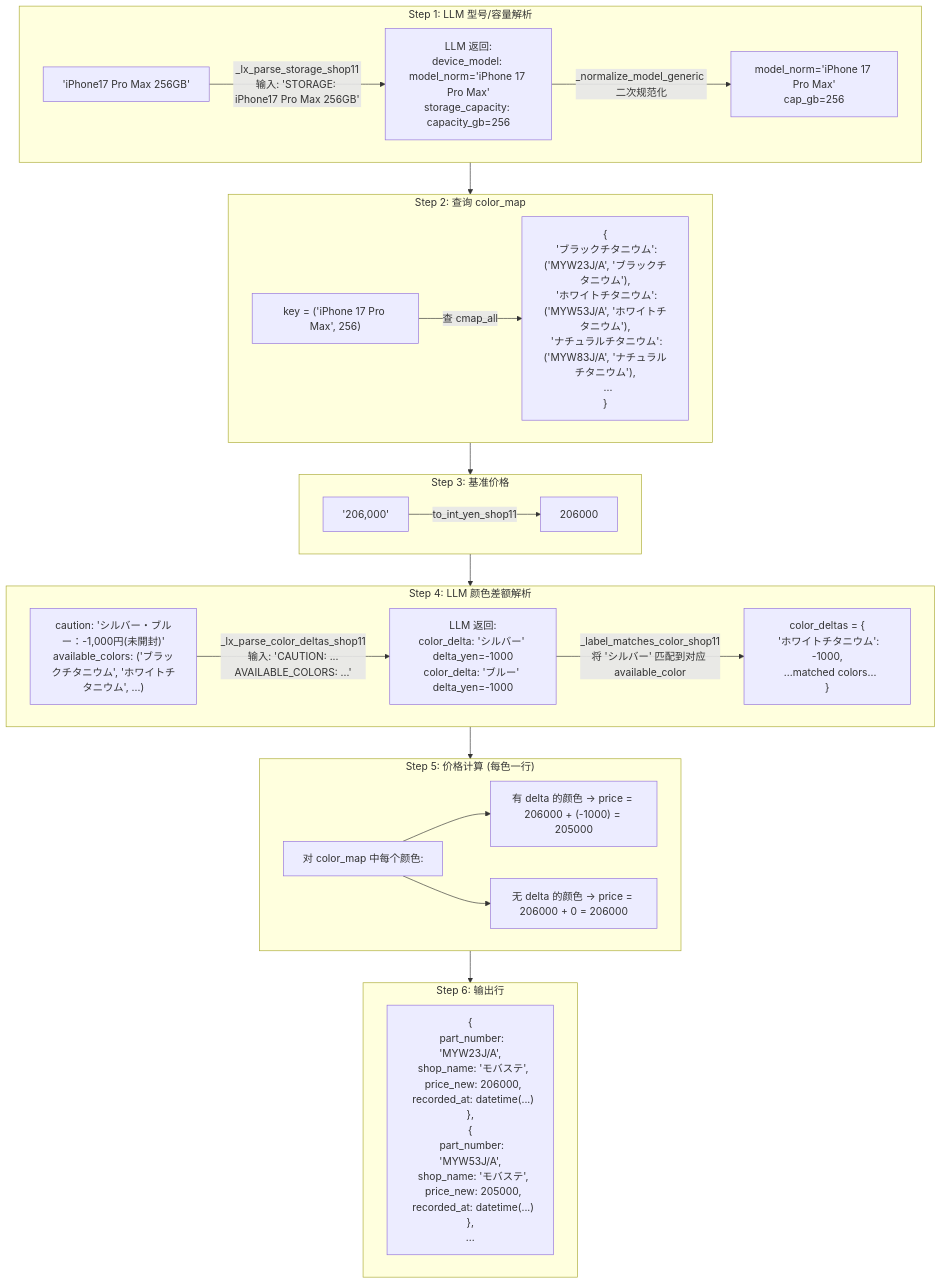
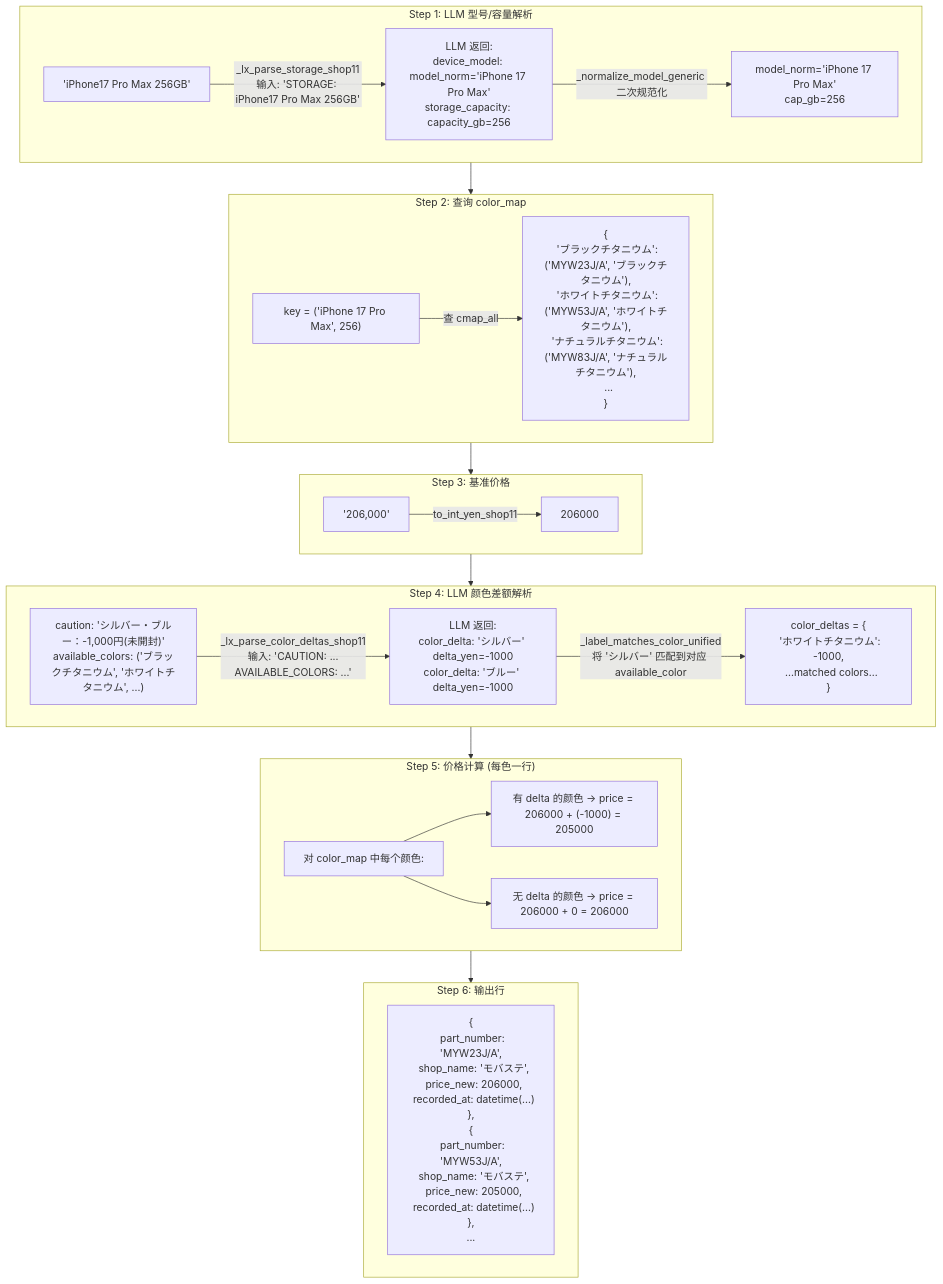
The ninth of 12 diagrams in doc_shop/shop11_cleaner.md (zhujiansamuel/YamagotiProjects), drawn with Mermaid before and after one commit. The commit also changed other lines of this file and 44 other files, not shown here.

````diff
--- a/doc_shop/shop11_cleaner.md
+++ b/doc_shop/shop11_cleaner.md
@@ -326,40 +326,40 @@
 ```mermaid
 flowchart TD
     subgraph Step1["Step 1: LLM 型号/容量解析"]
         T1["'iPhone17 Pro Max 256GB'"]
         T1 -->|"_lx_parse_storage_shop11\n输入: 'STORAGE: iPhone17 Pro Max 256GB'"| T2["LLM 返回:\ndevice_model: model_norm='iPhone 17 Pro Max'\nstorage_capacity: capacity_gb=256"]
         T2 -->|"_normalize_model_generic 二次规范化"| T3["model_norm='iPhone 17 Pro Max'\ncap_gb=256"]
     end
 
     subgraph Step2["Step 2: 查询 color_map"]
         T4["key = ('iPhone 17 Pro Max', 256)"]
         T4 -->|查 cmap_all| T5["{\n  'ブラックチタニウム': ('MYW23J/A', 'ブラックチタニウム'),\n  'ホワイトチタニウム': ('MYW53J/A', 'ホワイトチタニウム'),\n  'ナチュラルチタニウム': ('MYW83J/A', 'ナチュラルチタニウム'),\n  ...\n}"]
     end
 
     subgraph Step3["Step 3: 基准价格"]
         T6["'206,000'"]
         T6 -->|to_int_yen_shop11| T7["206000"]
     end
 
     subgraph Step4["Step 4: LLM 颜色差额解析"]
         T8["caution: 'シルバー・ブルー：-1,000円(未開封)'\navailable_colors: ('ブラックチタニウム', 'ホワイトチタニウム', ...)"]
         T8 -->|"_lx_parse_color_deltas_shop11\n输入: 'CAUTION: ...\nAVAILABLE_COLORS: ...'"|T9["LLM 返回:\ncolor_delta: 'シルバー' delta_yen=-1000\ncolor_delta: 'ブルー' delta_yen=-1000"]
-        T9 -->|"_label_matches_color_shop11\n将 'シルバー' 匹配到对应 available_color"| T10["color_deltas = {\n  'ホワイトチタニウム': -1000,\n  ...matched colors...\n}"]
+        T9 -->|"_label_matches_color_unified\n将 'シルバー' 匹配到对应 available_color"| T10["color_deltas = {\n  'ホワイトチタニウム': -1000,\n  ...matched colors...\n}"]
     end
 
     subgraph Step5["Step 5: 价格计算 (每色一行)"]
         T11["对 color_map 中每个颜色:"]
         T11 --> T12["有 delta 的颜色 → price = 206000 + (-1000) = 205000"]
         T11 --> T13["无 delta 的颜色 → price = 206000 + 0 = 206000"]
     end
 
     subgraph Step6["Step 6: 输出行"]
         T14["{\n  part_number: 'MYW23J/A',\n  shop_name: 'モバステ',\n  price_new: 206000,\n  recorded_at: datetime(...)\n},\n{\n  part_number: 'MYW53J/A',\n  shop_name: 'モバステ',\n  price_new: 205000,\n  recorded_at: datetime(...)\n},\n..."]
     end
 
     Step1 --> Step2
     Step2 --> Step3
     Step3 --> Step4
     Step4 --> Step5
     Step5 --> Step6
 ```
````
